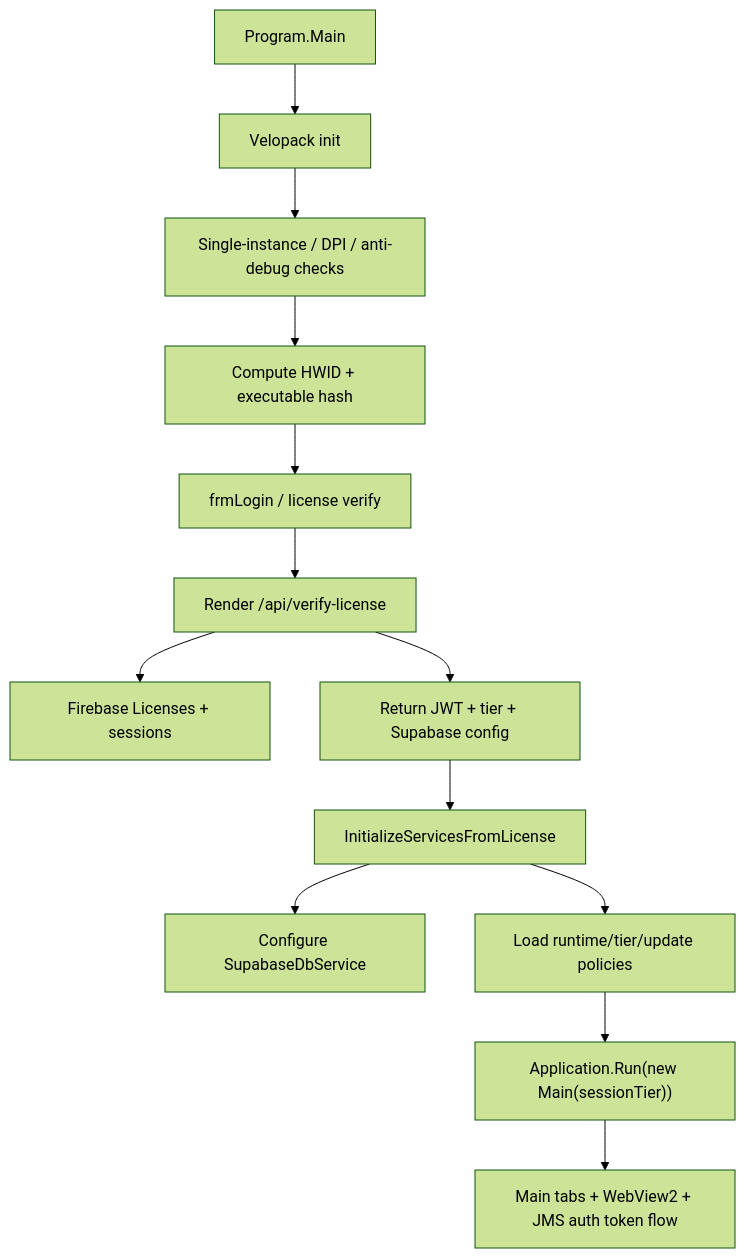
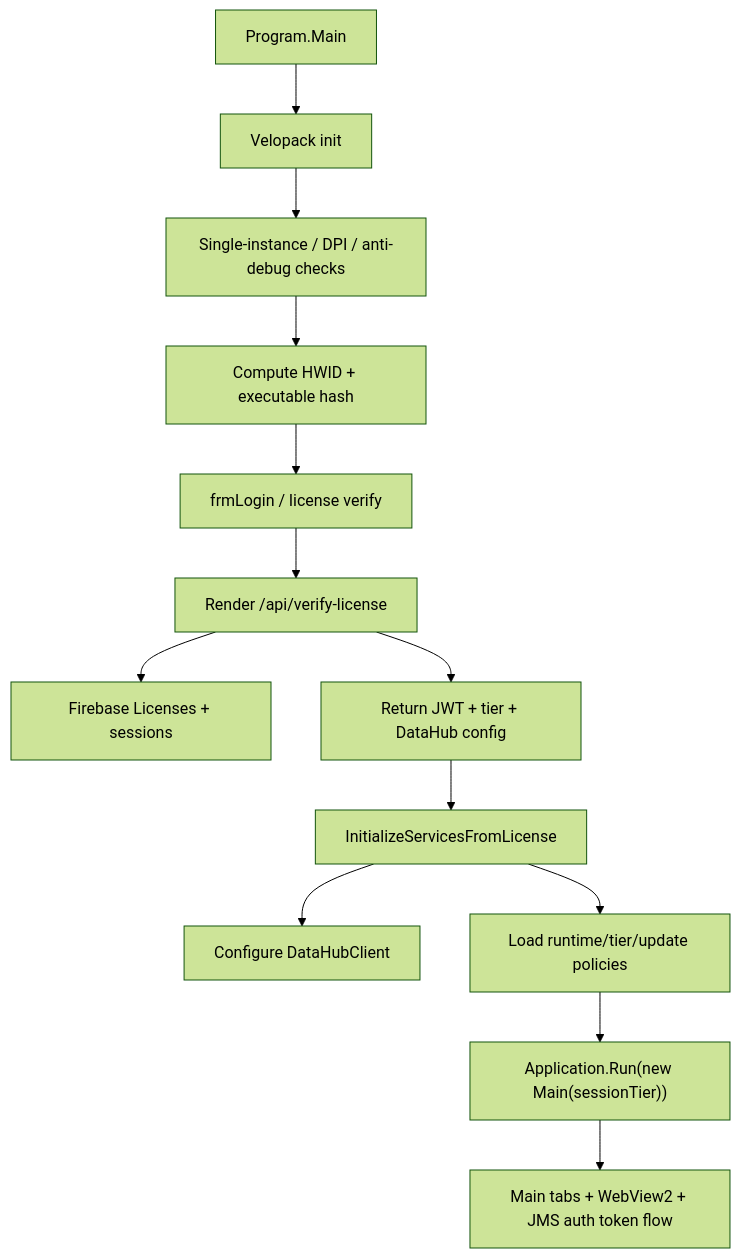
Before and after one commit to Datt03-sss/AutoJMS: the first of 3 diagrams in docs/project/PROJECT_OVERVIEW_CURRENT.vi.md, drawn with Mermaid (forest theme). The commit also changed other lines of this file and 286 other files, not shown here.

````diff
--- a/docs/project/PROJECT_OVERVIEW_CURRENT.vi.md
+++ b/docs/project/PROJECT_OVERVIEW_CURRENT.vi.md
@@ -110,15 +110,15 @@
 ```mermaid
 flowchart TD
     A["Program.Main"] --> B["Velopack init"]
     B --> C["Single-instance / DPI / anti-debug checks"]
     C --> D["Compute HWID + executable hash"]
     D --> E["frmLogin / license verify"]
     E --> F["Render /api/verify-license"]
     F --> G["Firebase Licenses + sessions"]
-    F --> H["Return JWT + tier + Supabase config"]
+    F --> H["Return JWT + tier + DataHub config"]
     H --> I["InitializeServicesFromLicense"]
-    I --> J["Configure SupabaseDbService"]
+    I --> J["Configure DataHubClient"]
     I --> K["Load runtime/tier/update policies"]
     K --> L["Application.Run(new Main(sessionTier))"]
     L --> M["Main tabs + WebView2 + JMS auth token flow"]
 ```
````
